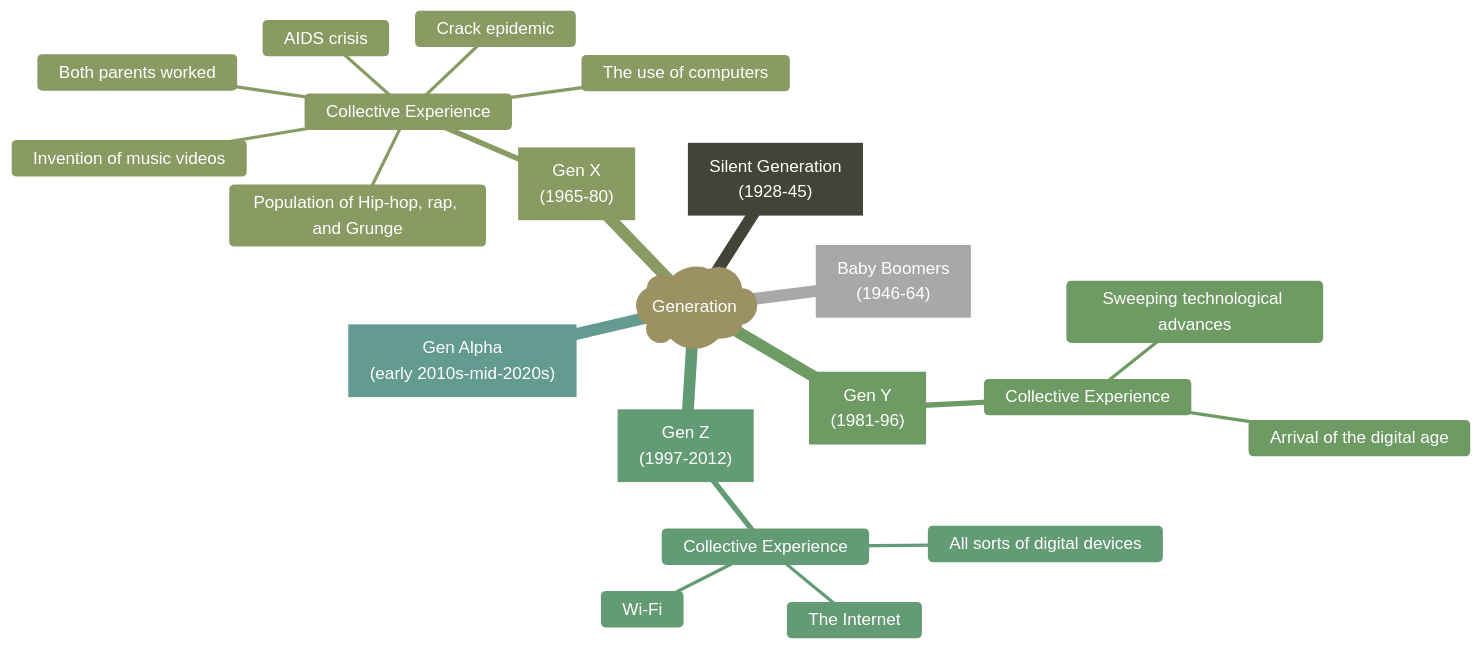
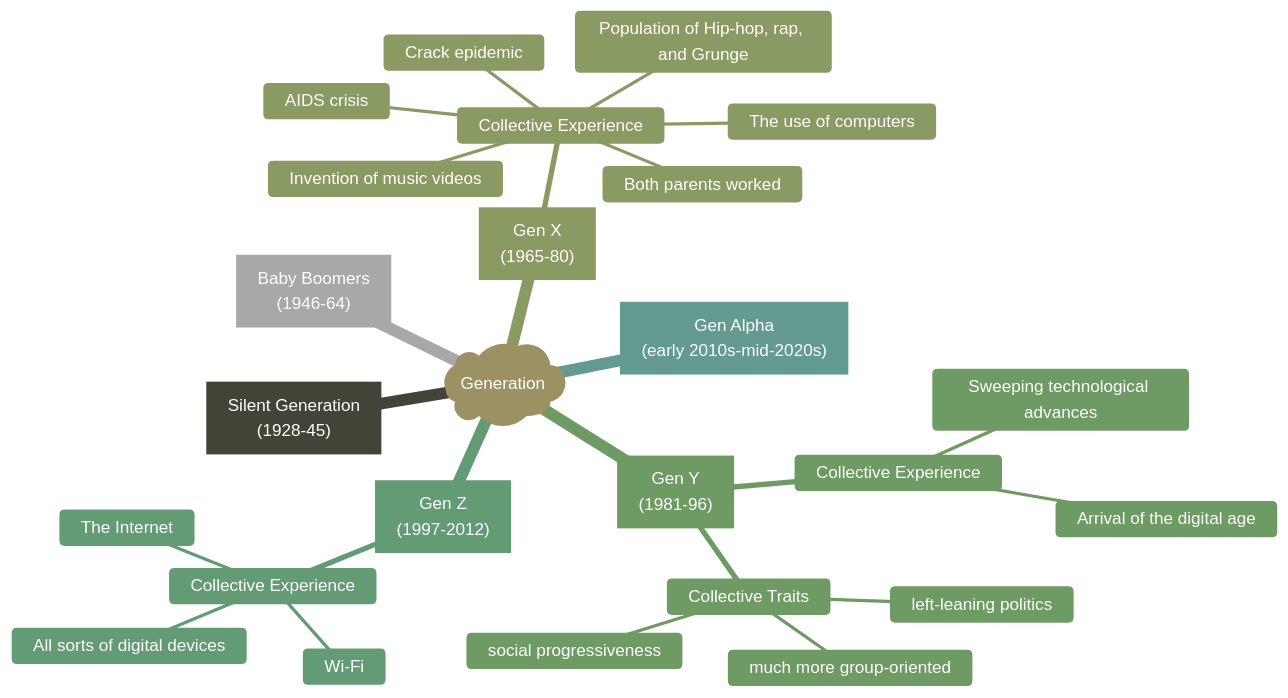
The diagram in 英语第一次作业.md (Charlie929-dot/charlie_vault), drawn with Mermaid before and after one commit.

Commit message:
vault backup: 2026-03-04 17:09:20

````diff
--- a/英语第一次作业.md
+++ b/英语第一次作业.md
@@ -3,36 +3,40 @@
 ```mermaid
 ---
 config:
   theme: 'base'
   themeVariables:
     primaryColor: '#CDC8B1'
     primaryTextColor: '#fff'
     primaryBorderColor: '#7C0000'
     lineColor: '#F8B229'
     secondaryColor: '#8B8970'
     tertiaryColor: '#E8E8E8'
   layout: 'cose-bilkent'
 ---
 			mindmap
 				  root)Generation(
 				    Gen["`Silent Generation<br/>(1928-45)`"]
 				    Gen["`Baby Boomers<br/>(1946-64)`"]
 				    Gen["`Gen X<br/>(1965-80)`"]
 				      Collective Experience
 				        The use of computers
 				        Both parents worked
 				        Crack epidemic
 				        AIDS crisis
 				        Invention of music videos
 				        Population of Hip-hop, rap, and Grunge
 				    Gen["`Gen Y<br/>(1981-96)`"]
 				      Collective Experience
 				        Sweeping technological advances
 				        Arrival of the digital age
+				      Collective Traits
+				        much more group-oriented
+				        social progressiveness
+				        left-leaning politics
 				    Gen["`Gen Z<br/>(1997-2012)`"]
 				      Collective Experience
 				        All sorts of digital devices
 				        The Internet
 				        Wi-Fi
 				    Gen["`Gen Alpha<br/>(early 2010s-mid-2020s)`"]
 ```
````
